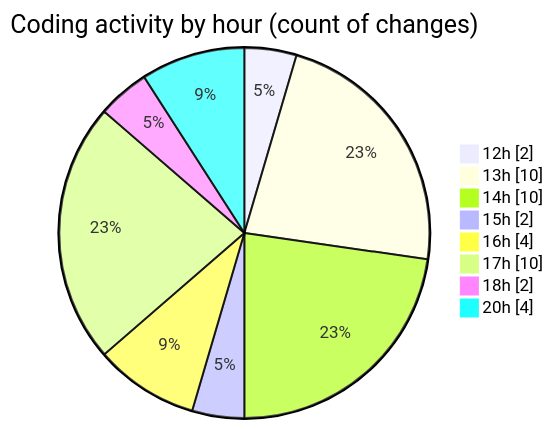
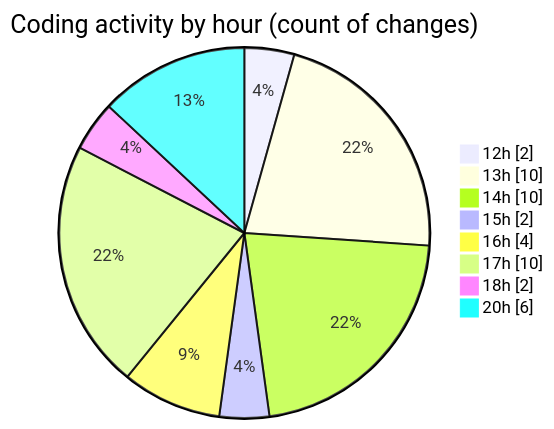
The second of 2 diagrams in 2026-07-12/untitled__workspace_/README.md (shibass792/code-tracking), drawn with Mermaid before and after one commit. The commit also changed other lines of this file and 1 other file, not shown here.

````diff
--- a/2026-07-12/untitled__workspace_/README.md
+++ b/2026-07-12/untitled__workspace_/README.md
@@ -39,12 +39,12 @@
 ```mermaid
 pie showData
 title Coding activity by hour (count of changes)
 "12h" : 2
 "13h" : 10
 "14h" : 10
 "15h" : 2
 "16h" : 4
 "17h" : 10
 "18h" : 2
-"20h" : 4
+"20h" : 6
 ```
````
